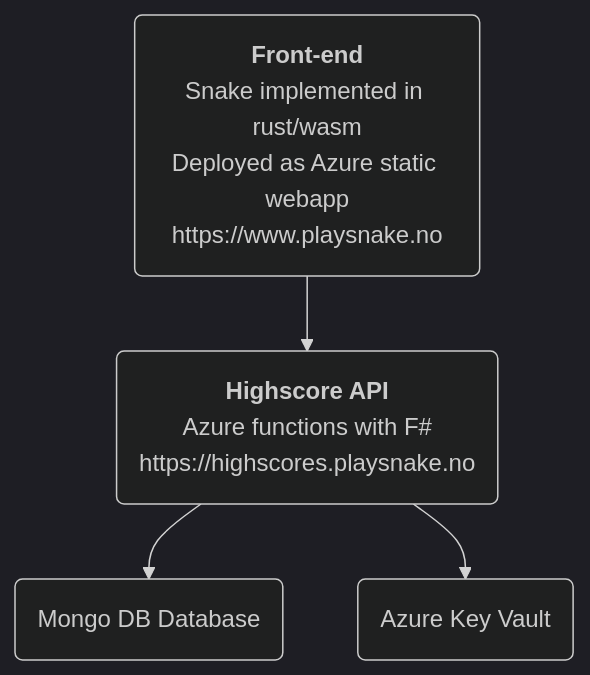
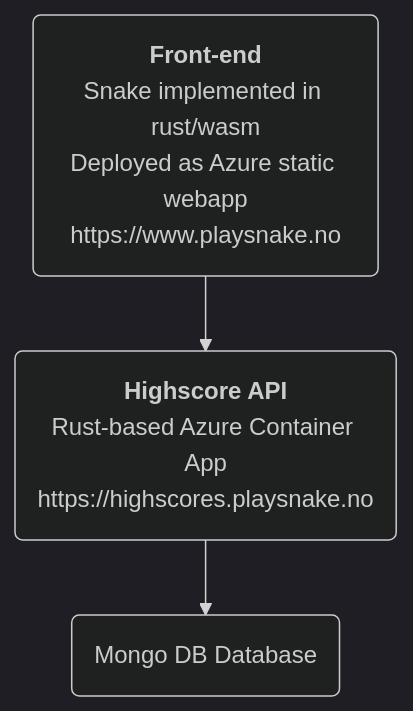
One commit to christianfosli/snake changed the diagram in README.md. Above: the diagram before and after it, drawn with Mermaid (dark theme). The commit also changed other lines of this file and 38 other files, not shown here.

First line of the commit message:
refactor: Rewrite highscore API in rust

````diff
--- a/README.md
+++ b/README.md
@@ -12,6 +12,5 @@
 ```mermaid
 graph TD
     A(<b>Front-end</b><br/>Snake implemented in rust/wasm<br/>Deployed as Azure static webapp<br/>https://www.playsnake.no)-->B
-    B(<b>Highscore API</b><br/>Azure functions with F#<br/>https://highscores.playsnake.no)-->C(Mongo DB Database)
-    B-->D(Azure Key Vault)
+    B(<b>Highscore API</b><br/>Rust-based Azure Container App<br/>https://highscores.playsnake.no)-->C(Mongo DB Database)
 ```
````
